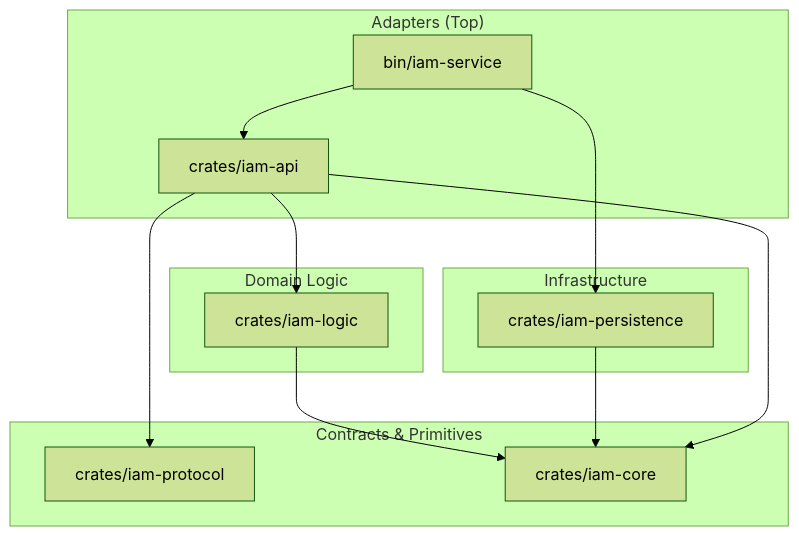
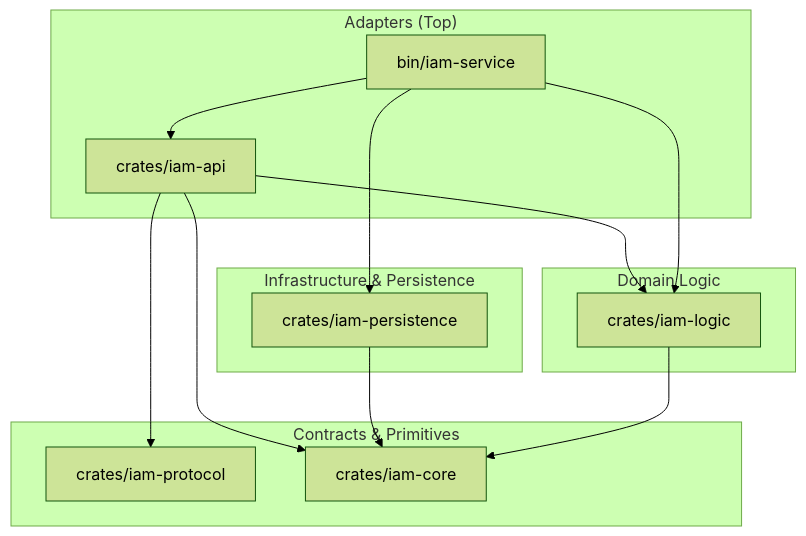
One commit to NakaSato/gridtokenx-iam-service changed the diagram in ARCHITECTURE.md. Above: the diagram before and after it, drawn with Mermaid (forest theme). The commit also changed other lines of this file and 28 other files, not shown here.

````diff
--- a/ARCHITECTURE.md
+++ b/ARCHITECTURE.md
@@ -9,28 +9,29 @@
 ```mermaid
 graph TD
     subgraph "Adapters (Top)"
         Server[bin/iam-service]
         API[crates/iam-api]
     end
 
     subgraph "Domain Logic"
         Logic[crates/iam-logic]
     end
 
-    subgraph "Infrastructure"
+    subgraph "Infrastructure & Persistence"
         Persistence[crates/iam-persistence]
     end
 
     subgraph "Contracts & Primitives"
         Protocol[crates/iam-protocol]
         Core[crates/iam-core]
     end
 
     Server --> API
+    Server --> Logic
     Server --> Persistence
     API --> Logic
     API --> Protocol
     Logic --> Core
     Persistence --> Core
     API --> Core
 ```
````
